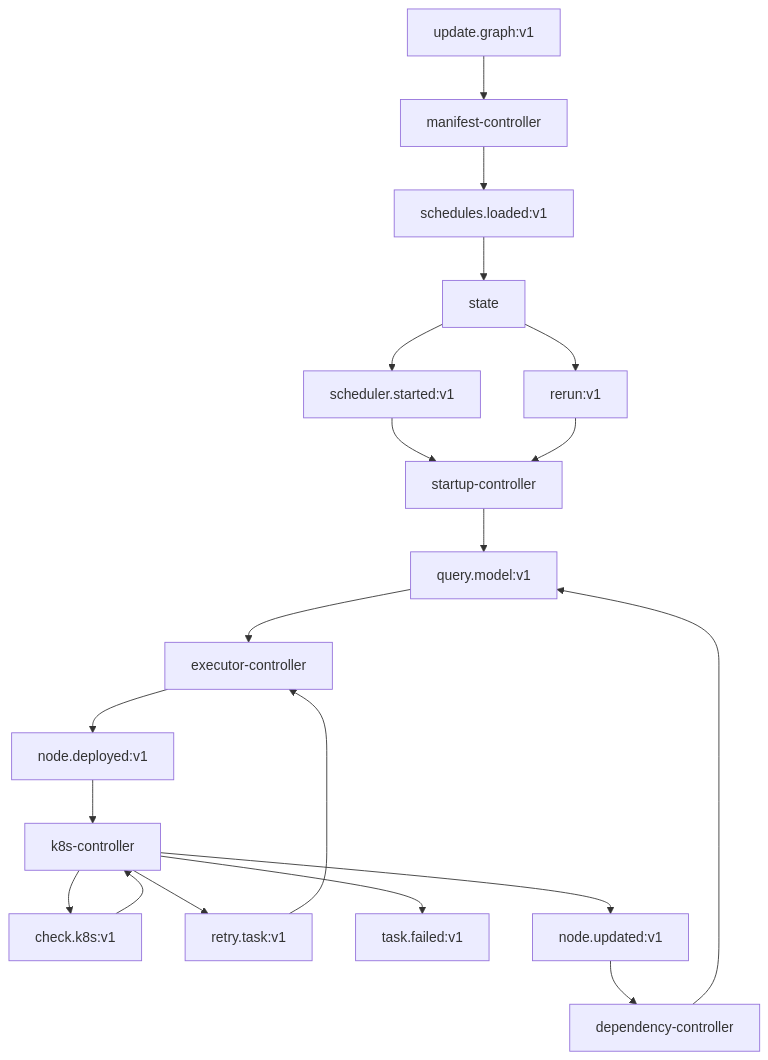
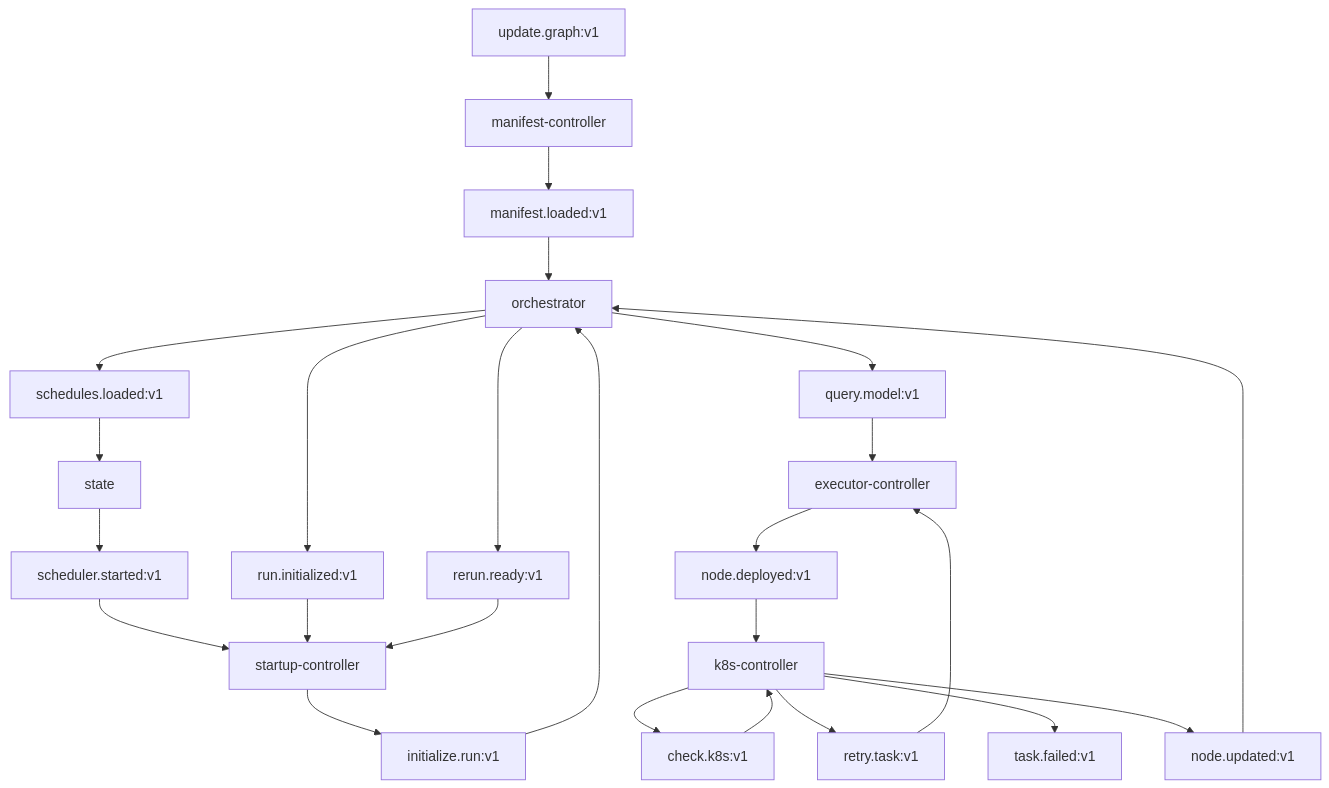
Before and after one commit to carolsimone/continuo: the second of 2 diagrams in docs/arch/01-topology.md, drawn with Mermaid. The commit also changed other lines of this file and 108 other files, not shown here.

First line of the commit message:
refactor: delete graph and dependency-controller, replace with orchestrator

````diff
--- a/docs/arch/01-topology.md
+++ b/docs/arch/01-topology.md
@@ -63,40 +59,47 @@
 ```mermaid
 flowchart TD
   UG[update.graph:v1]
+  ML[manifest.loaded:v1]
   SL[schedules.loaded:v1]
   SS[scheduler.started:v1]
-  CR[rerun:v1]
+  IR[initialize.run:v1]
+  RI[run.initialized:v1]
+  RR[rerun.ready:v1]
   QM[query.model:v1]
   ED[node.deployed:v1]
   KCV[check.k8s:v1]
   TR[retry.task:v1]
   TF[task.failed:v1]
   UT[node.updated:v1]
 
   UG --> MC[manifest-controller]
-  MC --> SL
+  MC --> ML
+  ML --> OR[orchestrator]
+  OR --> SL
   SL --> ST[state]
 
   ST --> SS
-  ST --> CR
+  SS --> SC[startup-controller]
+  SC --> IR
+  IR --> OR
+  OR --> RI
+  OR --> RR
+  RI --> SC
+  RR --> SC
 
-  SS --> SC[startup-controller]
-  CR --> SC
-
-  SC --> QM
-  DC[dependency-controller] --> QM
+  OR --> QM
 
   QM --> EC[executor-controller]
   TR --> EC
 
   EC --> ED
   ED --> KC[k8s-controller]
 
   KC --> KCV
   KCV --> KC
   KC --> TR
   KC --> TF
   KC --> UT
 
-  UT --> DC
+  UT --> OR
 ```
````
